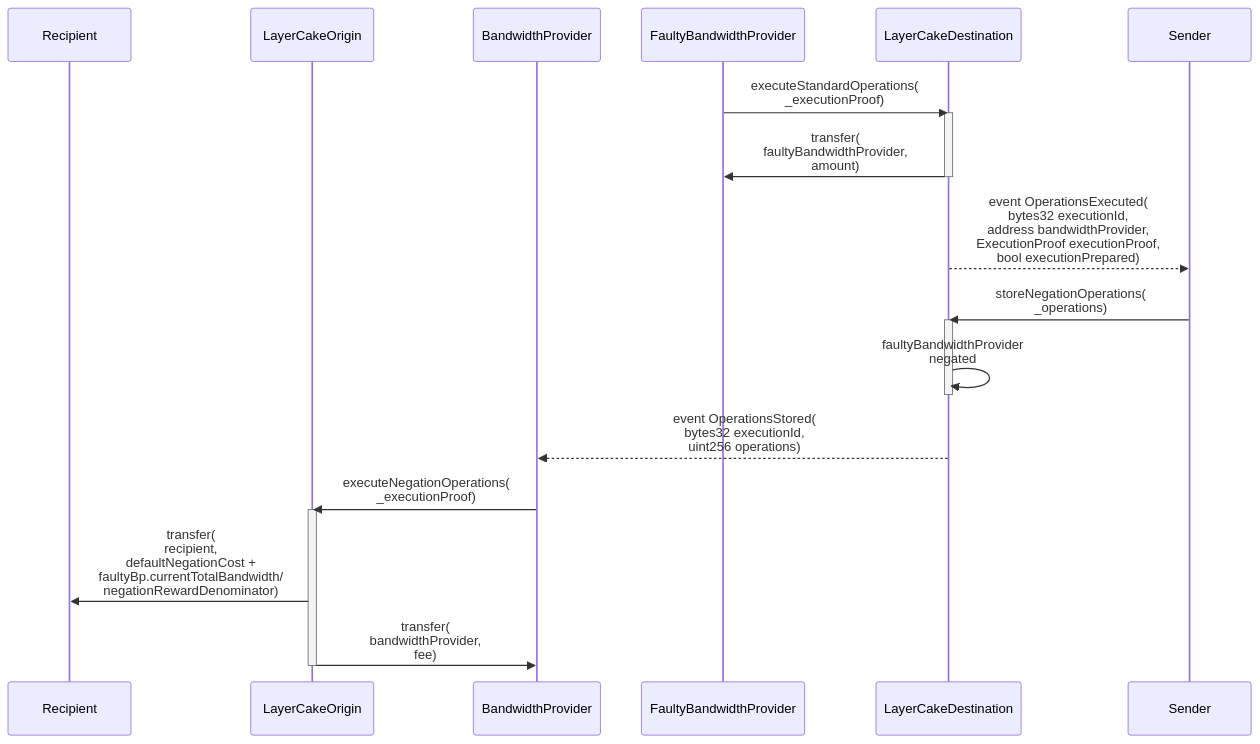
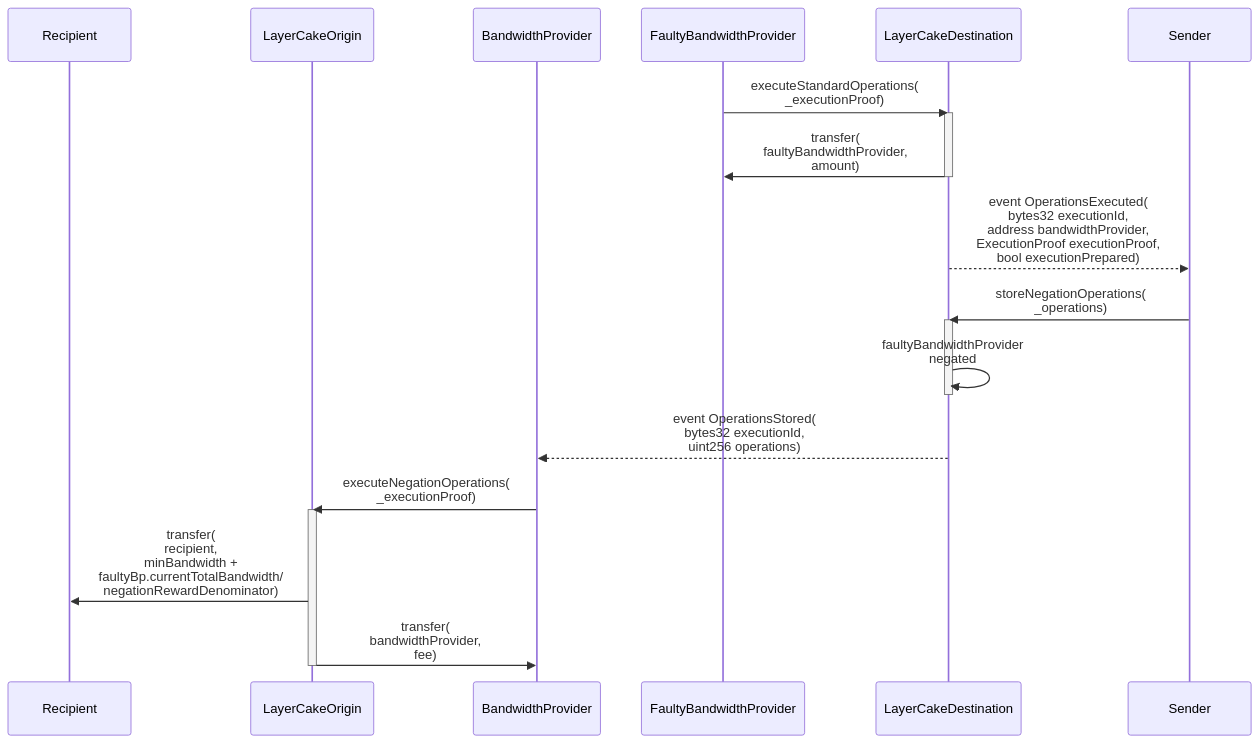
Before and after one commit to flare-labs-ltd/layercake: the third of 5 diagrams in docs/yellow-paper.md, drawn with Mermaid. The commit also changed other lines of this file and 14 other files, not shown here.

````diff
--- a/docs/yellow-paper.md
+++ b/docs/yellow-paper.md
@@ -271,24 +271,24 @@
 ```mermaid
 sequenceDiagram
     participant Recipient
     participant LayerCakeOrigin
     participant BandwidthProvider
     participant FaultyBandwidthProvider
     participant LayerCakeDestination
     participant Sender
     FaultyBandwidthProvider->>LayerCakeDestination: executeStandardOperations(<br />_executionProof)
     activate LayerCakeDestination
     LayerCakeDestination->>FaultyBandwidthProvider: transfer(<br />faultyBandwidthProvider,<br />amount)
     deactivate LayerCakeDestination
     LayerCakeDestination-->>Sender: event OperationsExecuted(<br />bytes32 executionId,<br />address bandwidthProvider,<br />ExecutionProof executionProof,<br />bool executionPrepared);
     Sender->>LayerCakeDestination: storeNegationOperations(<br />_operations);
     activate LayerCakeDestination
     LayerCakeDestination->>LayerCakeDestination: faultyBandwidthProvider<br />negated
     deactivate LayerCakeDestination
     LayerCakeDestination-->>BandwidthProvider: event OperationsStored(<br />bytes32 executionId,<br />uint256 operations);
     BandwidthProvider->>LayerCakeOrigin: executeNegationOperations(<br />_executionProof)
     activate LayerCakeOrigin
-    LayerCakeOrigin->>Recipient: transfer(<br />recipient,<br />defaultNegationCost +<br />faultyBp.currentTotalBandwidth/<br />negationRewardDenominator)
+    LayerCakeOrigin->>Recipient: transfer(<br />recipient,<br />minBandwidth +<br />faultyBp.currentTotalBandwidth/<br />negationRewardDenominator)
     LayerCakeOrigin->>BandwidthProvider: transfer(<br />bandwidthProvider,<br />fee)
     deactivate LayerCakeOrigin
 ```
````
